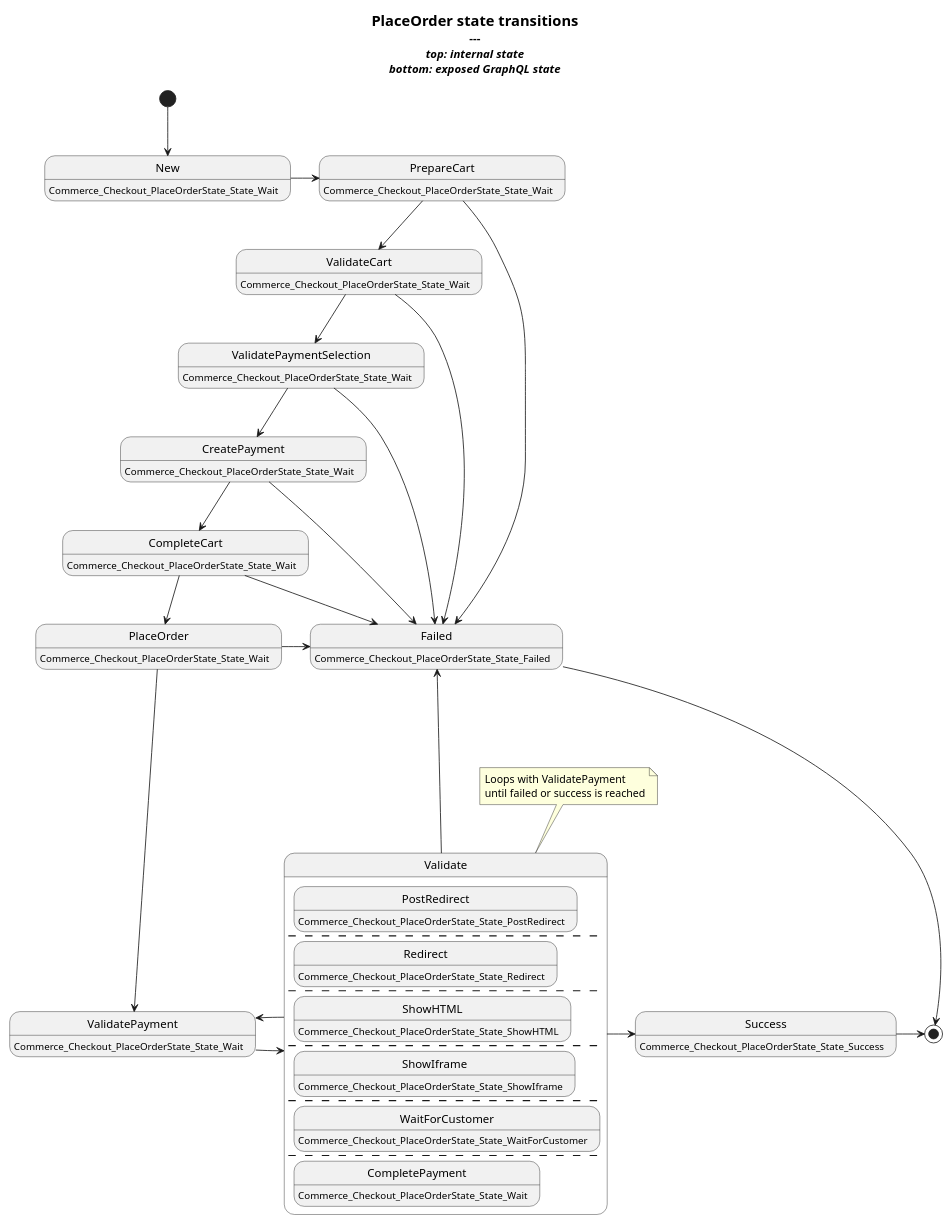
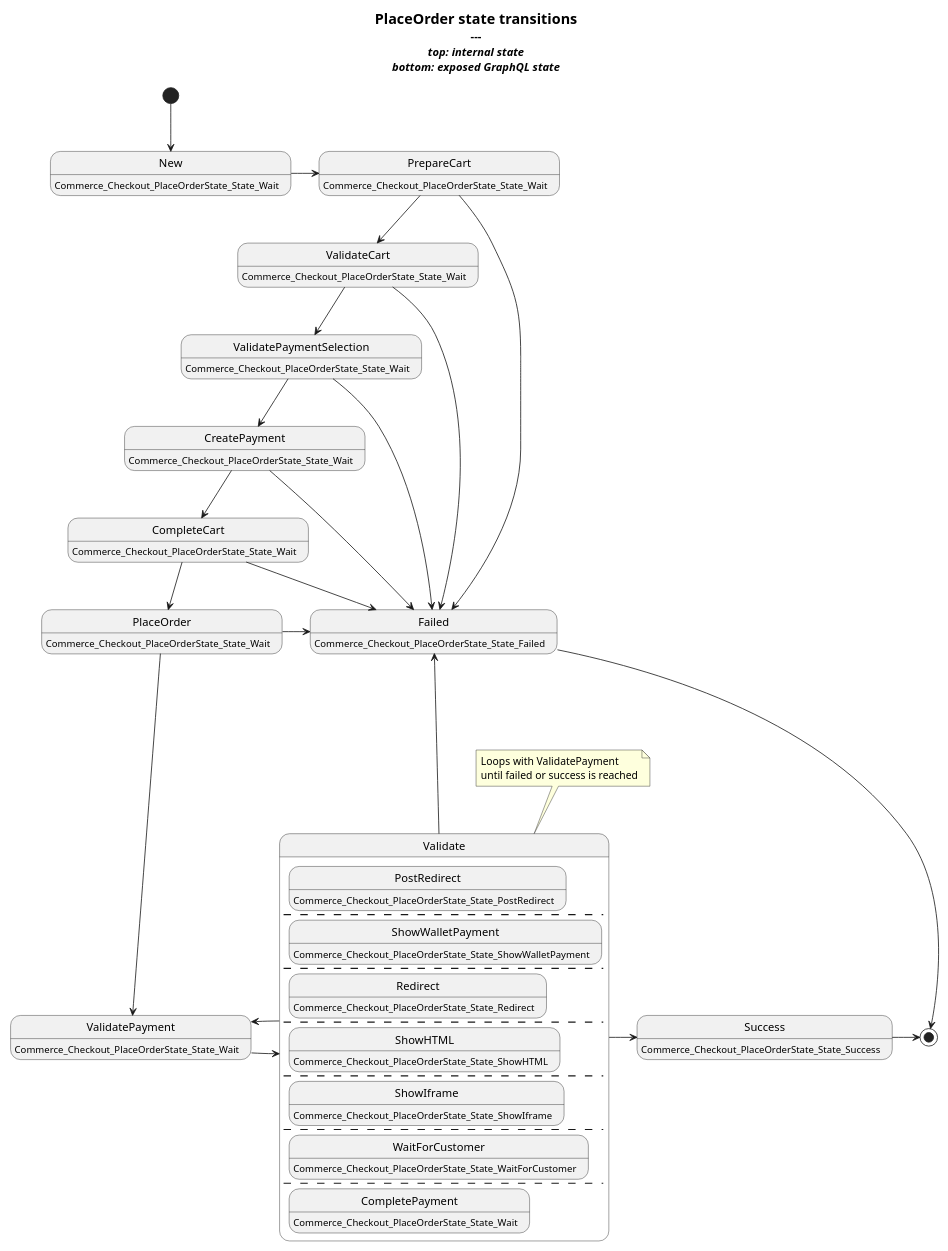
The diagram in checkout/domain/placeorder/states/transitions.puml (i-love-flamingo/flamingo-commerce), drawn with PlantUML before and after one commit. The commit also changed 19 other files, not shown here.

Commit message:
checkout: Add new state for wallet payment, add GraphQL mapping

```diff
--- a/checkout/domain/placeorder/states/transitions.puml
+++ b/checkout/domain/placeorder/states/transitions.puml
@@ -1,68 +1,70 @@
 @startuml
 scale max 1024 width
 hide empty description
 
 title
 	= PlaceOrder state transitions
 	---
 	//top: internal state//
 	//bottom: exposed GraphQL state//
 end title
 
 state New: Commerce_Checkout_PlaceOrderState_State_Wait
 state PrepareCart: Commerce_Checkout_PlaceOrderState_State_Wait
 state ValidateCart: Commerce_Checkout_PlaceOrderState_State_Wait
 state CreatePayment: Commerce_Checkout_PlaceOrderState_State_Wait
 state CompleteCart: Commerce_Checkout_PlaceOrderState_State_Wait
 state PlaceOrder: Commerce_Checkout_PlaceOrderState_State_Wait
 state ValidatePayment: Commerce_Checkout_PlaceOrderState_State_Wait
 state ValidatePaymentSelection: Commerce_Checkout_PlaceOrderState_State_Wait
 
 
 state Failed: Commerce_Checkout_PlaceOrderState_State_Failed
 state Success: Commerce_Checkout_PlaceOrderState_State_Success
 
 state Validate {
 	state PostRedirect: Commerce_Checkout_PlaceOrderState_State_PostRedirect
+	--
+	state ShowWalletPayment: Commerce_Checkout_PlaceOrderState_State_ShowWalletPayment
 	--
 	state Redirect: Commerce_Checkout_PlaceOrderState_State_Redirect
 	--
 	state ShowHTML: Commerce_Checkout_PlaceOrderState_State_ShowHTML
 	--
 	state ShowIframe: Commerce_Checkout_PlaceOrderState_State_ShowIframe
 	--
 	state WaitForCustomer: Commerce_Checkout_PlaceOrderState_State_WaitForCustomer
 	--
 	state CompletePayment: Commerce_Checkout_PlaceOrderState_State_Wait
 }
 
 note top of Validate
   Loops with ValidatePayment
   until failed or success is reached
 end note
 
 [*] --> New
 New -r-> PrepareCart
 PrepareCart -d-> ValidateCart
 PrepareCart -d-> Failed
 ValidateCart -d-> ValidatePaymentSelection
 ValidateCart -r-> Failed
 ValidatePaymentSelection -d-> CreatePayment
 ValidatePaymentSelection -r-> Failed
 CreatePayment -d-> CompleteCart
 CreatePayment -r-> Failed
 CompleteCart -d-> PlaceOrder
 CompleteCart -r-> Failed
 PlaceOrder -d-> ValidatePayment
 PlaceOrder -r-> Failed
 
 ValidatePayment -r-> Validate
 Validate -l-> ValidatePayment
 
 Validate -u---> Failed
 Validate -r-> Success
 
 Failed --> [*]
 Success -> [*]
 
 @enduml
```
